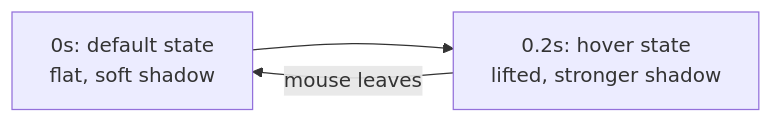
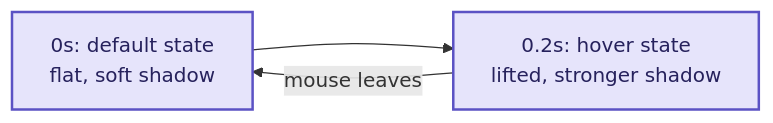
The second of 2 diagrams in css-playground/css-explainers/05-transitions-hovers-and-shadows.md (codewithz/mstap2026), drawn with Mermaid before and after one commit. The commit also changed other lines of this file and 2 other files, not shown here.

````diff
--- a/css-playground/css-explainers/05-transitions-hovers-and-shadows.md
+++ b/css-playground/css-explainers/05-transitions-hovers-and-shadows.md
@@ -98,5 +112,8 @@
 ```mermaid
 flowchart LR
     A["0s: default state<br/>flat, soft shadow"] --> B["0.2s: hover state<br/>lifted, stronger shadow"]
     B -->|mouse leaves| A
+
+    classDef indigo fill:#E6E4FB,stroke:#5B52C4,stroke-width:2px,color:#26215C
+    class A,B indigo
 ```
````
